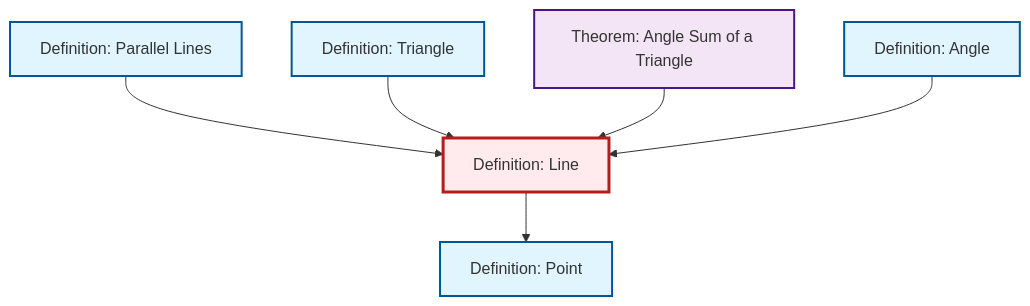
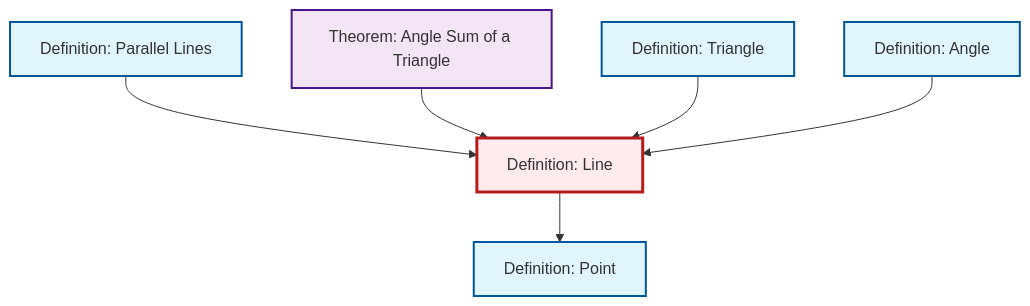
Before and after one commit to RK0429/ModernMath: the diagram in content/en/geometry/def-line.qmd, drawn with Mermaid. The commit also changed other lines of this file and 581 other files, not shown here.

````diff
--- a/content/en/geometry/def-line.qmd
+++ b/content/en/geometry/def-line.qmd
@@ -45,26 +45,26 @@
 ```{mermaid}
 %%| fig-cap: "Local dependency graph"
 graph TD
     classDef definition fill:#e1f5fe,stroke:#01579b,stroke-width:2px
     classDef theorem fill:#f3e5f5,stroke:#4a148c,stroke-width:2px
     classDef axiom fill:#fff3e0,stroke:#e65100,stroke-width:2px
     classDef example fill:#e8f5e9,stroke:#1b5e20,stroke-width:2px
     classDef current fill:#ffebee,stroke:#b71c1c,stroke-width:3px
+    def-point["Definition: Point"]:::definition
+    def-triangle["Definition: Triangle"]:::definition
     def-line["Definition: Line"]:::definition
-    def-triangle["Definition: Triangle"]:::definition
-    def-point["Definition: Point"]:::definition
-    def-parallel["Definition: Parallel Lines"]:::definition
     thm-angle-sum-triangle["Theorem: Angle Sum of a Triangle"]:::theorem
     def-angle["Definition: Angle"]:::definition
+    def-parallel["Definition: Parallel Lines"]:::definition
+    def-parallel --> def-line
+    thm-angle-sum-triangle --> def-line
+    def-triangle --> def-line
     def-line --> def-point
-    def-parallel --> def-line
-    def-triangle --> def-line
-    thm-angle-sum-triangle --> def-line
     def-angle --> def-line
     class def-line current
+    click def-point "def-point.html" "Go to Point definition"
     click def-triangle "def-triangle.html" "Go to Triangle definition"
-    click def-point "def-point.html" "Go to Point definition"
-    click def-parallel "def-parallel.html" "Go to Parallel Lines definition"
     click thm-angle-sum-triangle "thm-angle-sum-triangle.html" "Go to Angle Sum of a Triangle theorem"
     click def-angle "def-angle.html" "Go to Angle definition"
+    click def-parallel "def-parallel.html" "Go to Parallel Lines definition"
 ```
````
